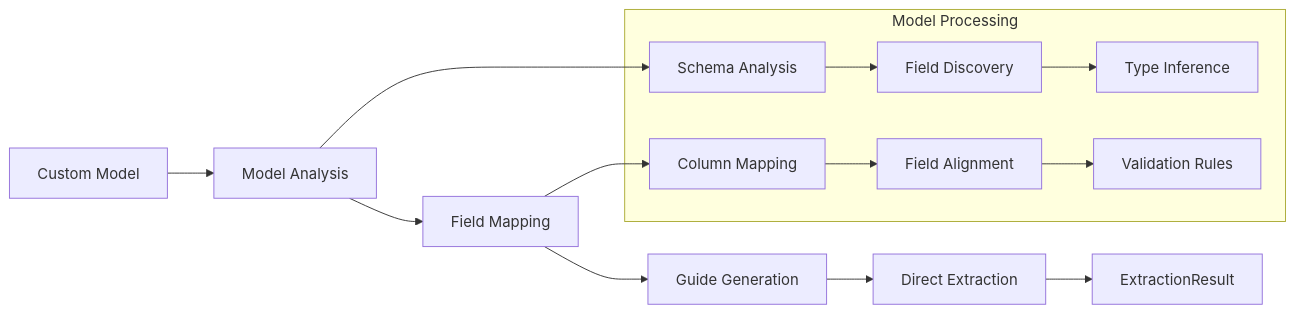
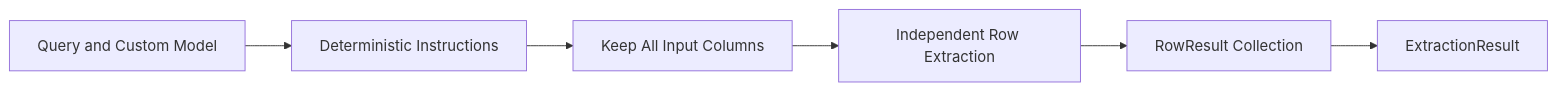
The second of 2 diagrams in docs/guides/basic-extraction.md (Blacksuan19/structx), drawn with Mermaid before and after one commit. The commit also changed other lines of this file and 15 other files, not shown here.

````diff
--- a/docs/guides/basic-extraction.md
+++ b/docs/guides/basic-extraction.md
@@ -60,19 +58,8 @@
 ```mermaid
 graph LR
-    A[Custom Model] --> B[Model Analysis]
-    B --> C[Field Mapping]
-    C --> D[Guide Generation]
-    D --> E[Direct Extraction]
+    A[Query and Custom Model] --> B[Deterministic Instructions]
+    B --> C[Keep All Input Columns]
+    C --> D[Independent Row Extraction]
+    D --> E[RowResult Collection]
     E --> F[ExtractionResult]
-
-    subgraph "Model Processing"
-        B1[Schema Analysis] --> B2[Field Discovery]
-        B2 --> B3[Type Inference]
-
-        C1[Column Mapping] --> C2[Field Alignment]
-        C2 --> C3[Validation Rules]
-    end
-
-    B --> B1
-    C --> C1
 ```
````
